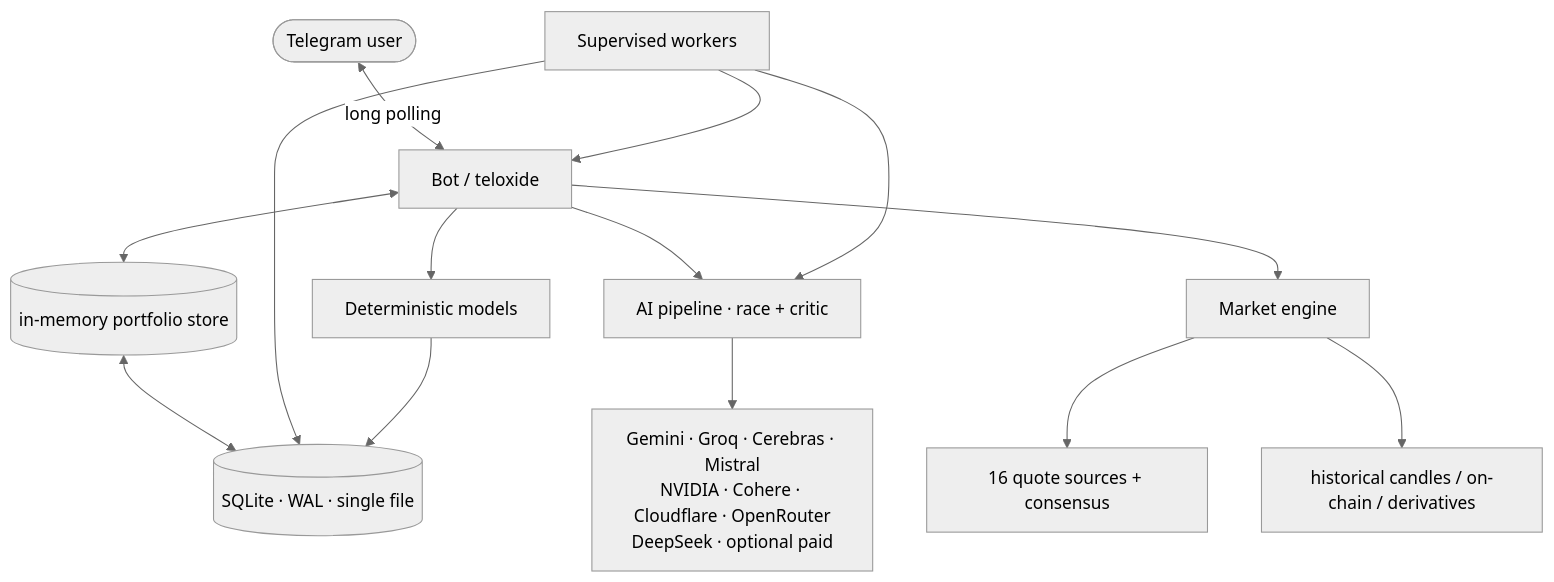
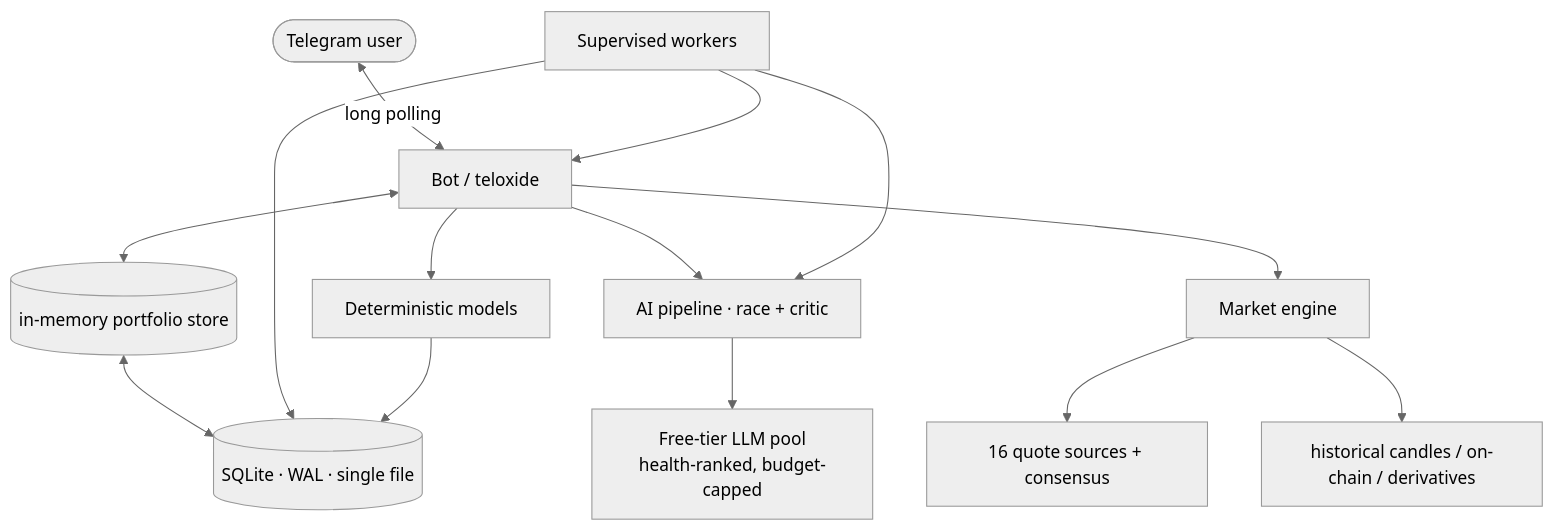
The diagram in README.md (Envel-Nikita-Gutsenkov/CryptographBot), drawn with Mermaid (neutral theme) before and after one commit. The commit also changed other lines of this file and 3 other files, not shown here.

````diff
--- a/README.md
+++ b/README.md
@@ -47,16 +50,16 @@
 ```mermaid
 graph TD
     U([Telegram user]) <-->|long polling| B[Bot / teloxide]
     B <--> RAM[(in-memory portfolio store)]
     RAM <--> DB[(SQLite · WAL · single file)]
     B --> AI[AI pipeline · race + critic]
-    AI --> P[Gemini · Groq · Cerebras · Mistral<br/>NVIDIA · Cohere · Cloudflare · OpenRouter<br/>DeepSeek · optional paid]
+    AI --> P[Free-tier LLM pool<br/>health-ranked, budget-capped]
     B --> M[Market engine]
     M --> Q[16 quote sources + consensus]
     M --> H[historical candles / on-chain / derivatives]
     W[Supervised workers] --> DB
     W --> AI
     W --> B
     T[Deterministic models] --> DB
     B --> T
 ```
````
